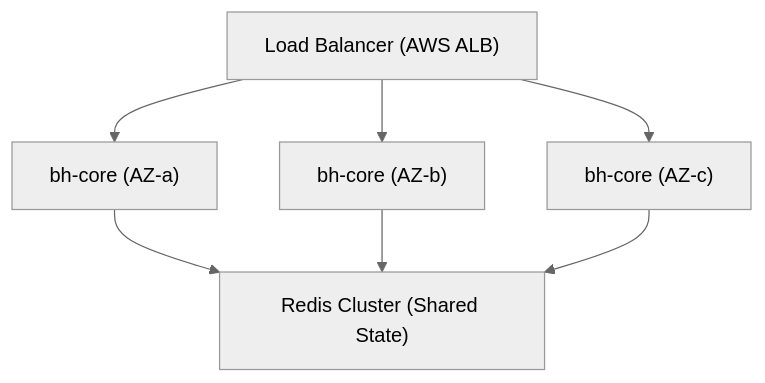
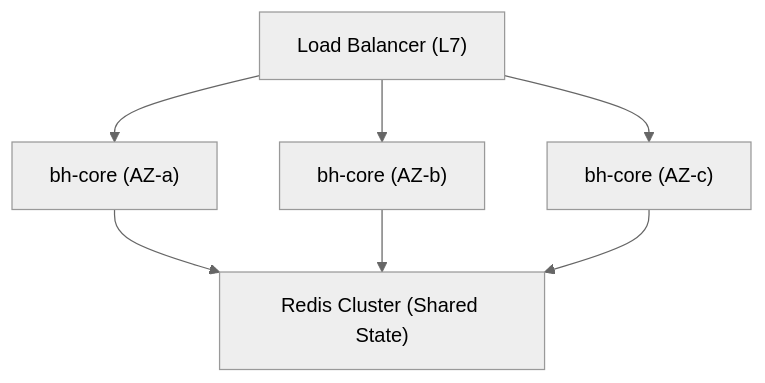
Before and after one commit to blackholefund/external_docs: the fourth of 4 diagrams in docs/repositories/bh-core.md, drawn with Mermaid (neutral theme). The commit also changed other lines of this file and 14 other files, not shown here.

Commit message:
Hide provider names and fix mermaid identifiers

````diff
--- a/docs/repositories/bh-core.md
+++ b/docs/repositories/bh-core.md
@@ -335,10 +335,10 @@
 ```mermaid
 flowchart TD
-    LB["Load Balancer (AWS ALB)"]
+    LB["Load Balancer (L7)"]
     LB --> CoreA["bh-core (AZ-a)"]
     LB --> CoreB["bh-core (AZ-b)"]
     LB --> CoreC["bh-core (AZ-c)"]
     CoreA --> Redis["Redis Cluster (Shared State)"]
     CoreB --> Redis
     CoreC --> Redis
 ```
````
